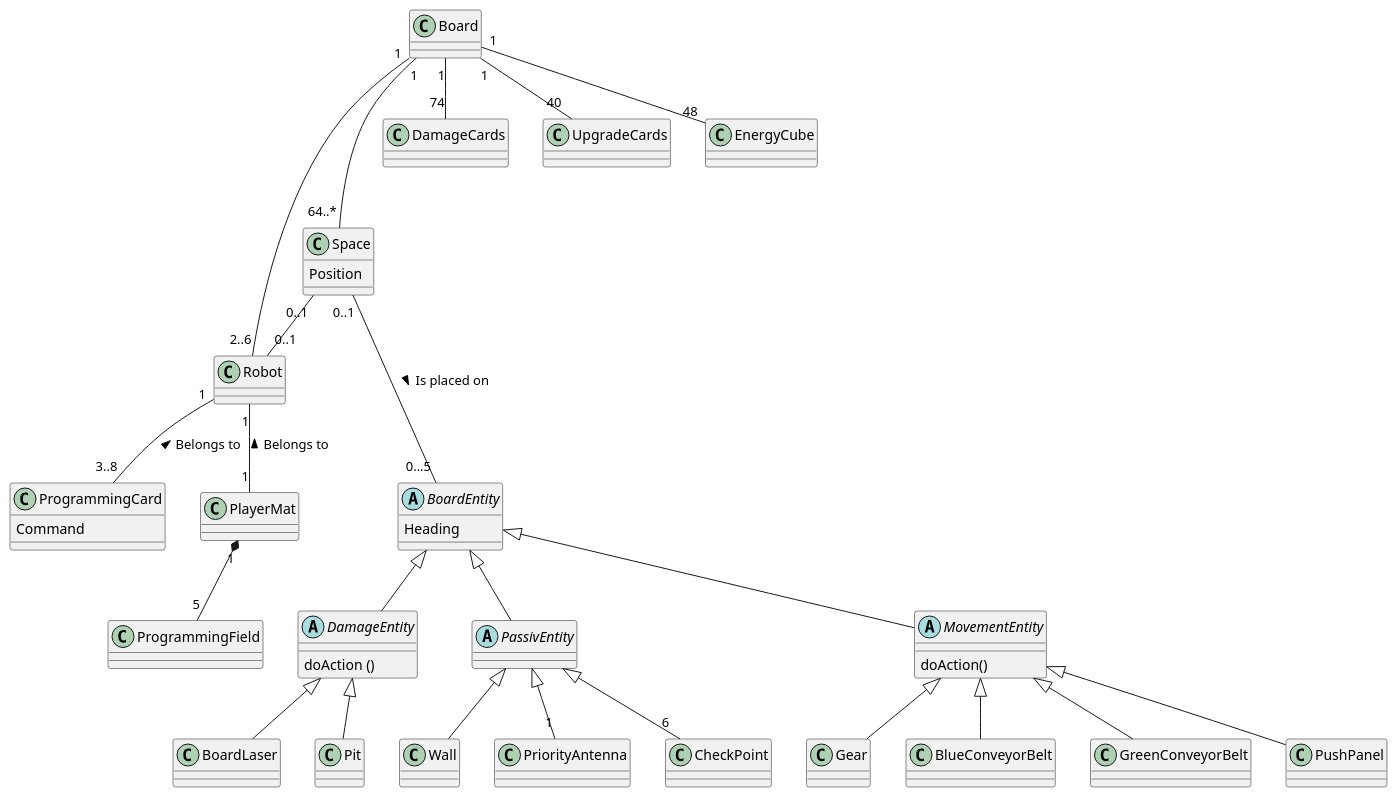
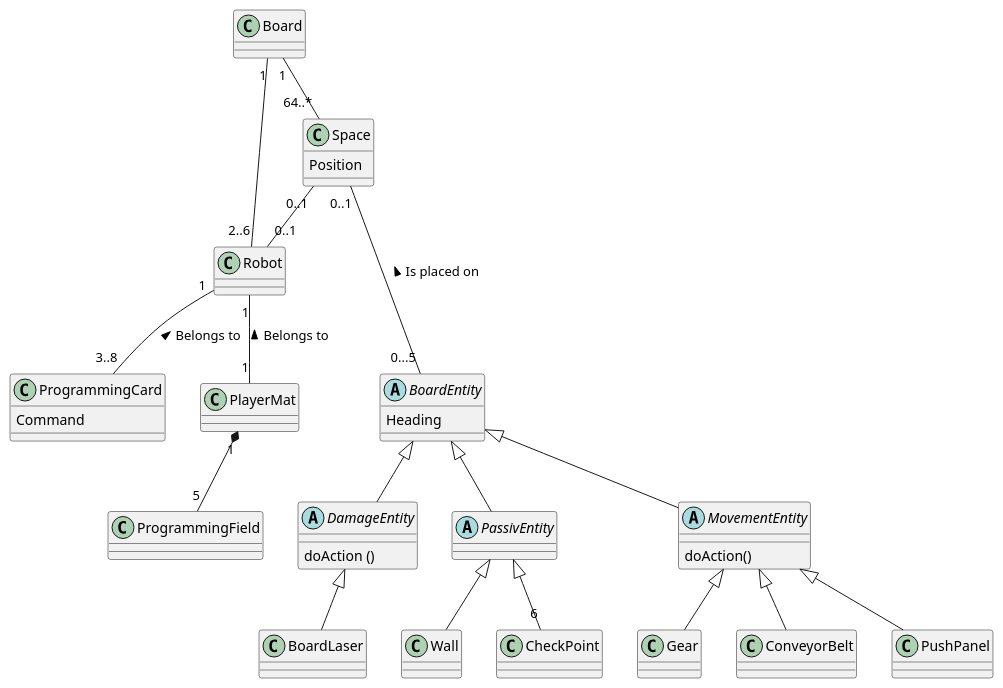
The diagram in src/main/Diagrams/ClassDiagram.puml (CDIO-gr-17/RoboRally), drawn with PlantUML before and after one commit.

Commit message:
Changes in ClassDiagram

```diff
--- a/src/main/Diagrams/ClassDiagram.puml
+++ b/src/main/Diagrams/ClassDiagram.puml
@@ -1,49 +1,43 @@
 @startuml
 'https://plantuml.com/class-diagram
 
 Abstract BoardEntity {
 Heading
 }
 
 Abstract DamageEntity {
 doAction ()
 }
 
 Abstract PassivEntity
 
 Abstract MovementEntity {
 doAction()
 }
 
 Class Space {
 Position
 }
 
 Class ProgrammingCard {
 Command
 }
 
-Board "1" -- "74"DamageCards
-Board "1" -- "40" UpgradeCards
-Board "1" -- "48" EnergyCube
 Board "1" - "2..6" Robot
-Board "1" --- "64..*" Space
+Board "1" -- "64..*" Space
 Space "0..1" -- "0..1" Robot
 Robot "1" -- "3..8" ProgrammingCard : < Belongs to
 Robot "1" -- "1"PlayerMat : < Belongs to
 PlayerMat "1" *--"5" ProgrammingField
-Space "0..1" --- "0...5" BoardEntity : > Is placed on
+Space "0..1" --- "0...5" BoardEntity : < Is placed on
 BoardEntity <|-- DamageEntity
 DamageEntity <|-- BoardLaser
-DamageEntity <|-- Pit
 BoardEntity <|-- PassivEntity
 PassivEntity <|-- Wall
-PassivEntity <|-- "1" PriorityAntenna
 PassivEntity <|-- "6" CheckPoint
 BoardEntity <|-- MovementEntity
 MovementEntity <|-- Gear
-MovementEntity <|-- BlueConveyorBelt
-MovementEntity <|-- GreenConveyorBelt
+MovementEntity <|-- ConveyorBelt
 MovementEntity <|-- PushPanel
 
 @enduml
```
